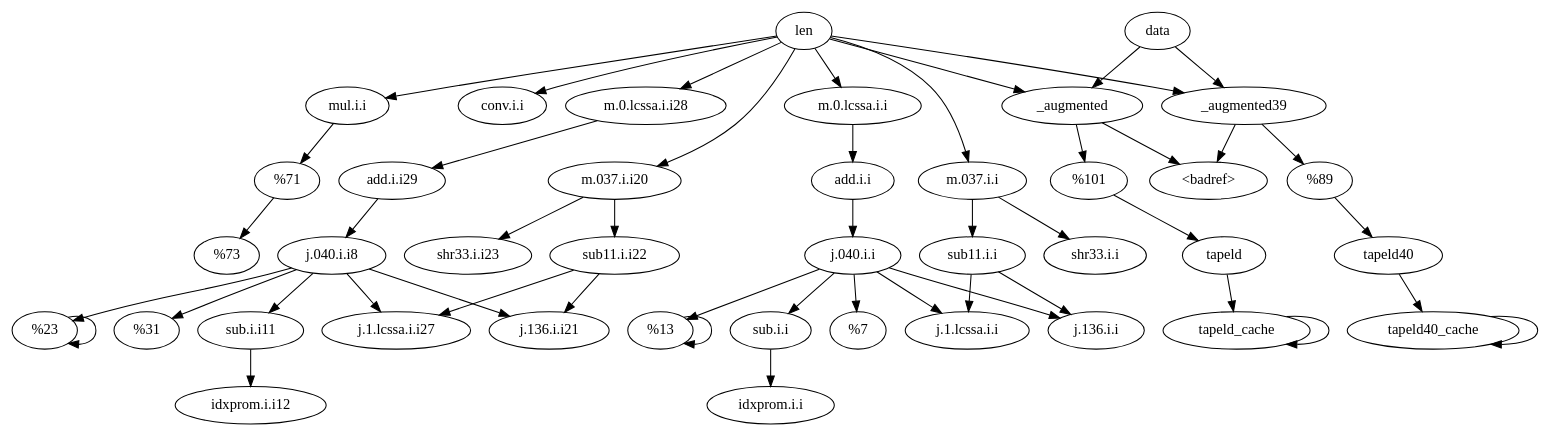
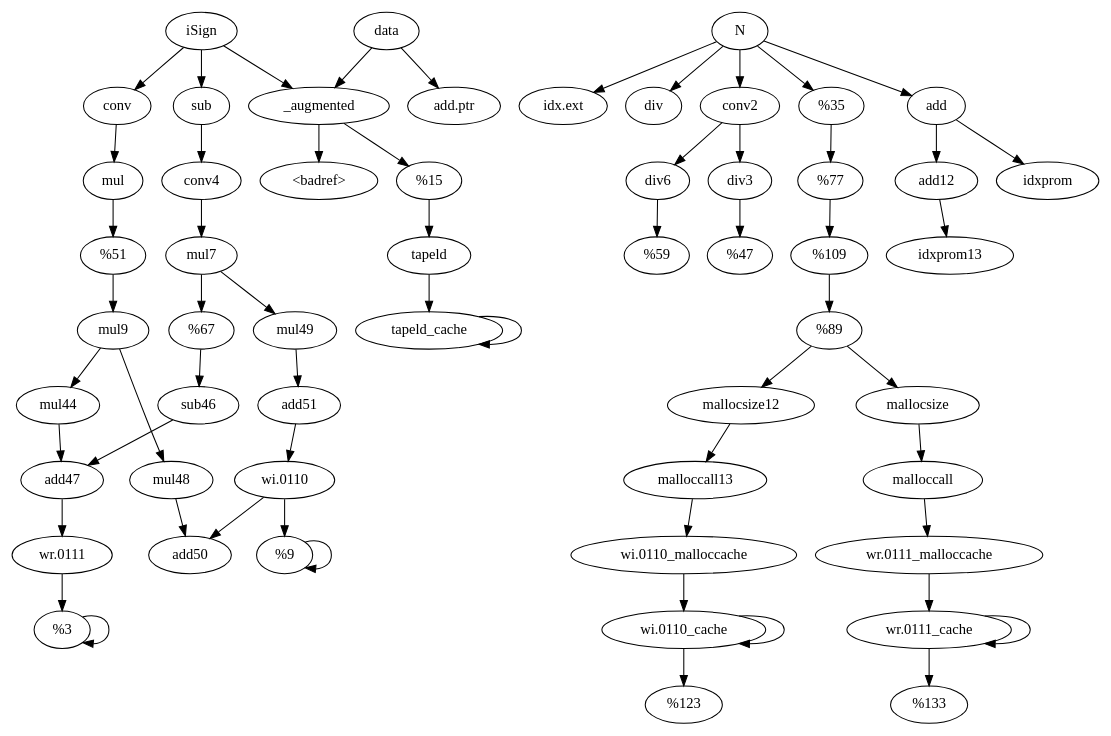
The diagram in enzyme/benchmarks/fft/forward.dot (sfu-arch/Enzyme), drawn with Graphviz before and after one commit. The commit also changed 38 other files, not shown here.

```diff
--- a/enzyme/benchmarks/fft/forward.dot
+++ b/enzyme/benchmarks/fft/forward.dot
@@ -1,50 +1,60 @@
 digraph G {
-		"j.040.i.i" -> "j.136.i.i"
-		"j.040.i.i" -> "sub.i.i"
-		"j.040.i.i" -> "%9"
-		"j.040.i.i" -> "j.1.lcssa.i.i"
-		"j.040.i.i" -> "%6"
-		"m.0.lcssa.i.i" -> "add.i.i"
-		"m.037.i.i" -> "shr33.i.i"
-		"m.037.i.i" -> "sub11.i.i"
-		"j.040.i.i8" -> "%20"
-		"j.040.i.i8" -> "j.136.i.i21"
-		"j.040.i.i8" -> "j.1.lcssa.i.i27"
-		"j.040.i.i8" -> "%23"
-		"j.040.i.i8" -> "sub.i.i11"
-		"m.0.lcssa.i.i28" -> "add.i.i29"
-		"m.037.i.i20" -> "sub11.i.i22"
-		"m.037.i.i20" -> "shr33.i.i23"
+		"wr.0111" -> "%9"
+		"wi.0110" -> "add50"
+		"wi.0110" -> "%11"
+		"_augmented" -> "<badref>"
+		"_augmented" -> "%0"
 		"data" -> "_augmented"
-		"data" -> "_augmented39"
-		"len" -> "m.037.i.i"
-		"len" -> "mul.i.i"
-		"len" -> "_augmented"
-		"len" -> "conv.i.i"
-		"len" -> "_augmented39"
-		"len" -> "m.0.lcssa.i.i28"
-		"len" -> "m.037.i.i20"
-		"len" -> "m.0.lcssa.i.i"
-		"sub11.i.i" -> "j.136.i.i"
-		"sub11.i.i" -> "j.1.lcssa.i.i"
-		"add.i.i" -> "j.040.i.i"
-		"sub.i.i11" -> "idxprom.i.i12"
-		"%0" -> "%27"
-		"mul.i.i" -> "%0"
-		"sub.i.i" -> "idxprom.i.i"
-		"sub11.i.i22" -> "j.136.i.i21"
-		"sub11.i.i22" -> "j.1.lcssa.i.i27"
-		"add.i.i29" -> "j.040.i.i8"
-		"%6" -> "%6"
-		"%14" -> "tapeld40"
-		"tapeld40" -> "tapeld40_cache"
-		"tapeld40_cache" -> "tapeld40_cache"
+		"data" -> "add.ptr"
+		"iSign" -> "sub"
+		"iSign" -> "_augmented"
+		"iSign" -> "conv"
+		"N" -> "idx.ext"
+		"N" -> "div"
+		"N" -> "conv2"
+		"N" -> "%4"
+		"N" -> "add"
+		"conv" -> "mul"
+		"conv2" -> "div6"
+		"conv2" -> "div3"
+		"div3" -> "%1"
+		"mul" -> "%3"
+		"sub" -> "conv4"
+		"conv4" -> "mul7"
+		"div6" -> "%2"
+		"add12" -> "idxprom13"
+		"mul7" -> "mul49"
+		"mul7" -> "%14"
+		"%3" -> "mul9"
+		"mul9" -> "mul48"
+		"mul9" -> "mul44"
+		"%4" -> "%5"
+		"add" -> "idxprom"
+		"add" -> "add12"
+		"add51" -> "wi.0110"
+		"mallocsize12" -> "malloccall13"
+		"%7" -> "mallocsize12"
+		"%7" -> "mallocsize"
+		"malloccall" -> "wr.0111_malloccache"
+		"mul44" -> "add47"
+		"%14" -> "sub46"
+		"sub46" -> "add47"
+		"add47" -> "wr.0111"
+		"mul48" -> "add50"
+		"mul49" -> "add51"
+		"%5" -> "%6"
+		"%6" -> "%7"
+		"%11" -> "%11"
+		"tapeld" -> "tapeld_cache"
+		"%0" -> "tapeld"
+		"wi.0110_cache" -> "wi.0110_cache"
+		"wi.0110_cache" -> "%10"
+		"malloccall13" -> "wi.0110_malloccache"
+		"wi.0110_malloccache" -> "wi.0110_cache"
+		"wr.0111_cache" -> "wr.0111_cache"
+		"wr.0111_cache" -> "%8"
+		"mallocsize" -> "malloccall"
+		"wr.0111_malloccache" -> "wr.0111_cache"
+		"%9" -> "%9"
 		"tapeld_cache" -> "tapeld_cache"
-		"tapeld" -> "tapeld_cache"
-		"_augmented" -> "%13"
-		"_augmented" -> "<badref>"
-		"%13" -> "tapeld"
-		"_augmented39" -> "%14"
-		"_augmented39" -> "<badref>"
-		"%20" -> "%20"
 }
```
